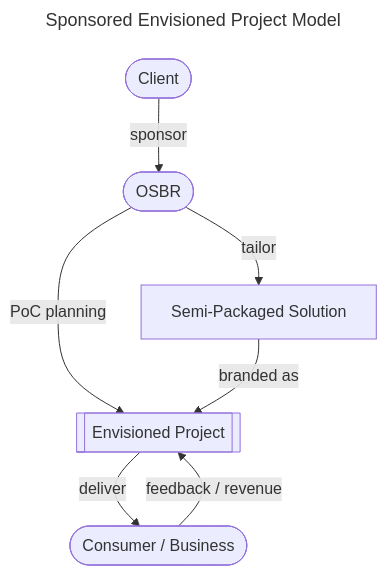
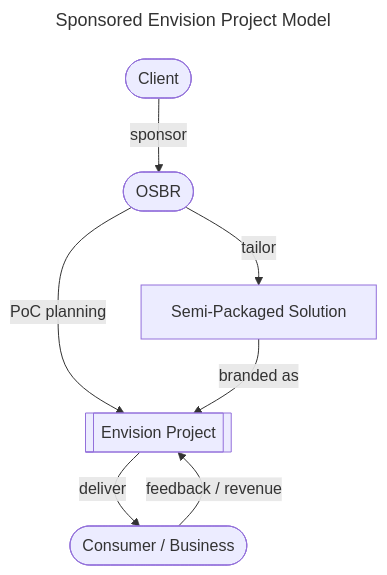
The third of 5 diagrams in doc/strategy.md (osbrjp/handbook), drawn with Mermaid before and after one commit. The commit also changed other lines of this file, not shown here.

````diff
--- a/doc/strategy.md
+++ b/doc/strategy.md
@@ -78,12 +79,12 @@
 ```mermaid
 ---
-title: Sponsored Envisioned Project Model
+title: Sponsored Envision Project Model
 ---
 graph TB;
     C([Client]) -- "sponsor"  --> OSBR
-    OSBR([OSBR]) -- "PoC planning" --> ES[[Envisioned Project]];
+    OSBR([OSBR]) -- "PoC planning" --> ES[[Envision Project]];
     OSBR -- "tailor" --> SPS[Semi-Packaged Solution];
     SPS -- "branded as" --> ES;
     CB -- "feedback / revenue" --> ES;
     ES -- "deliver" --> CB([Consumer / Business]);
 ```
````
